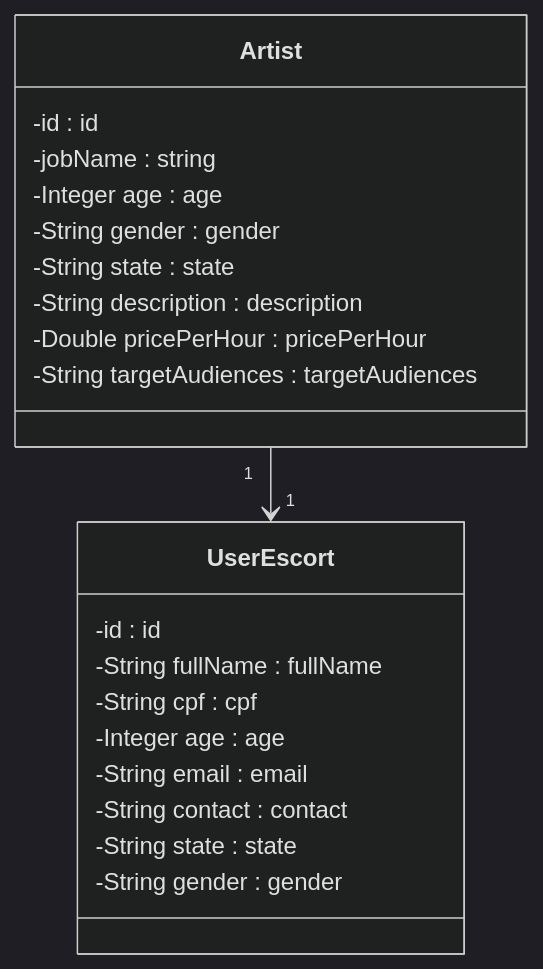
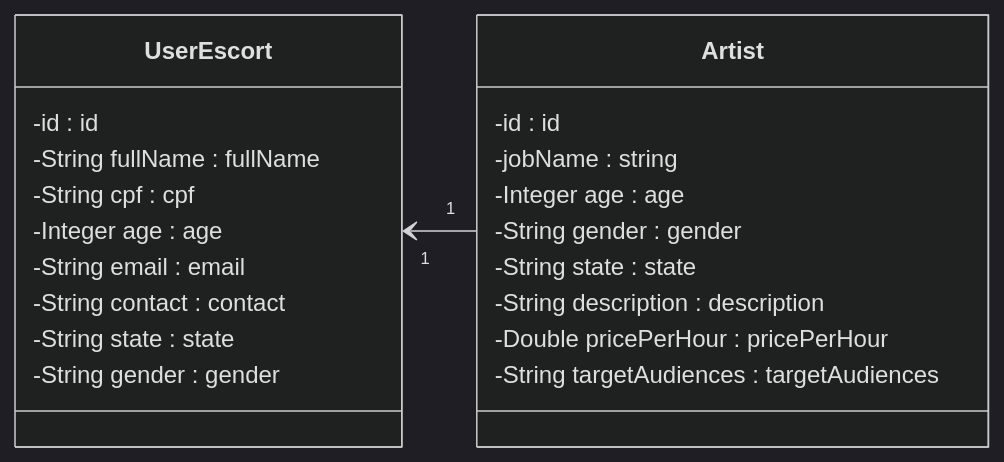
The diagram in README.md (Gabmasc/NuvellAPI), drawn with Mermaid (dark theme) before and after one commit.

````diff
--- a/README.md
+++ b/README.md
@@ -18,24 +18,25 @@
 ```mermaid 
 classDiagram
+direction RL
 class UserEscort {
     -id : id
     -String fullName : fullName
     -String cpf : cpf
     -Integer age : age
     -String email : email
     -String contact : contact
     -String state : state
     -String gender : gender
 }
 class Artist{
     -id : id
     -jobName : string
     -Integer age : age
     -String gender : gender
     -String state : state
     -String description : description
     -Double pricePerHour : pricePerHour
     -String targetAudiences : targetAudiences
 }
 Artist "1" --> "1" UserEscort
 ```
````
